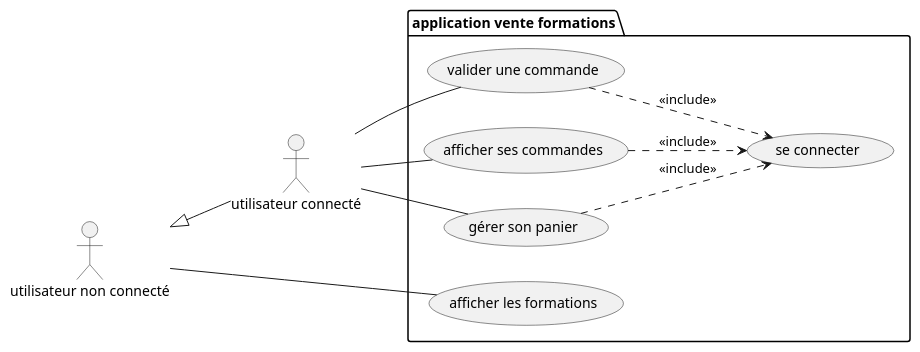
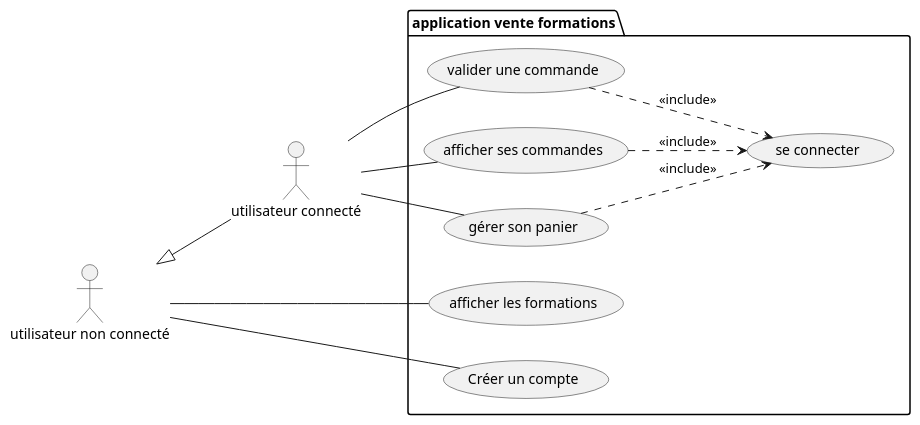
The diagram in docs/diagram_use_case.puml (AmandineGrardLaurent/JavaEvaluationBusiness), drawn with PlantUML before and after one commit.

Commit message:
feat: add new use case "Créer un compte" and update class diagram     - added "Créer un compte" use case for non-connected users     - updated UML class diagram to reflect user account creation

```diff
--- a/docs/diagram_use_case.puml
+++ b/docs/diagram_use_case.puml
@@ -1,31 +1,33 @@
-@startuml vente formations
+@startuml use case diagram
 
 left to right direction
 
 actor "utilisateur connecté" as USER_CONNECTED
 actor "utilisateur non connecté" as USER
 
 
 USER <|-- USER_CONNECTED
 
 
 package "application vente formations" {
     usecase "valider une commande" as CONFIRM_ORDER
     usecase "afficher ses commandes" as DISPLAY_ORDERS
     usecase "afficher les formations" as DISPLAY_COURSES
     usecase "gérer son panier" as MANAGE_CART
     usecase "se connecter" as CONNECT
+    usecase "Créer un compte" as CREATE_ACCOUNT
 }
 
 
 USER -- DISPLAY_COURSES
+USER -- CREATE_ACCOUNT
 
 USER_CONNECTED -- CONFIRM_ORDER
 USER_CONNECTED -- DISPLAY_ORDERS
 USER_CONNECTED -- MANAGE_CART
 
 DISPLAY_ORDERS ..> CONNECT : <<include>>
 CONFIRM_ORDER ..> CONNECT : <<include>>
 MANAGE_CART ..> CONNECT : <<include>>
 
 @enduml
```
